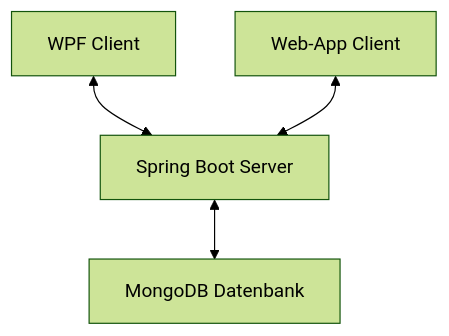
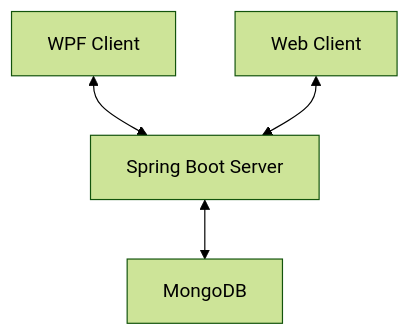
Before and after one commit to sebastiankrallinger/4POS_Semesterprojekt: the diagram in README.md, drawn with Mermaid (forest theme). The commit also changed other lines of this file and 3 other files, not shown here.

````diff
--- a/README.md
+++ b/README.md
@@ -7,6 +8,6 @@
 ```mermaid
 graph TD;
   A[WPF Client] <--> C[Spring Boot Server];
-  B[Web-App Client] <--> C[Spring Boot Server];
-  C[Spring Boot Server] <--> D[MongoDB Datenbank];
+  B[Web Client] <--> C[Spring Boot Server];
+  C[Spring Boot Server] <--> D[MongoDB];
 ```
````
